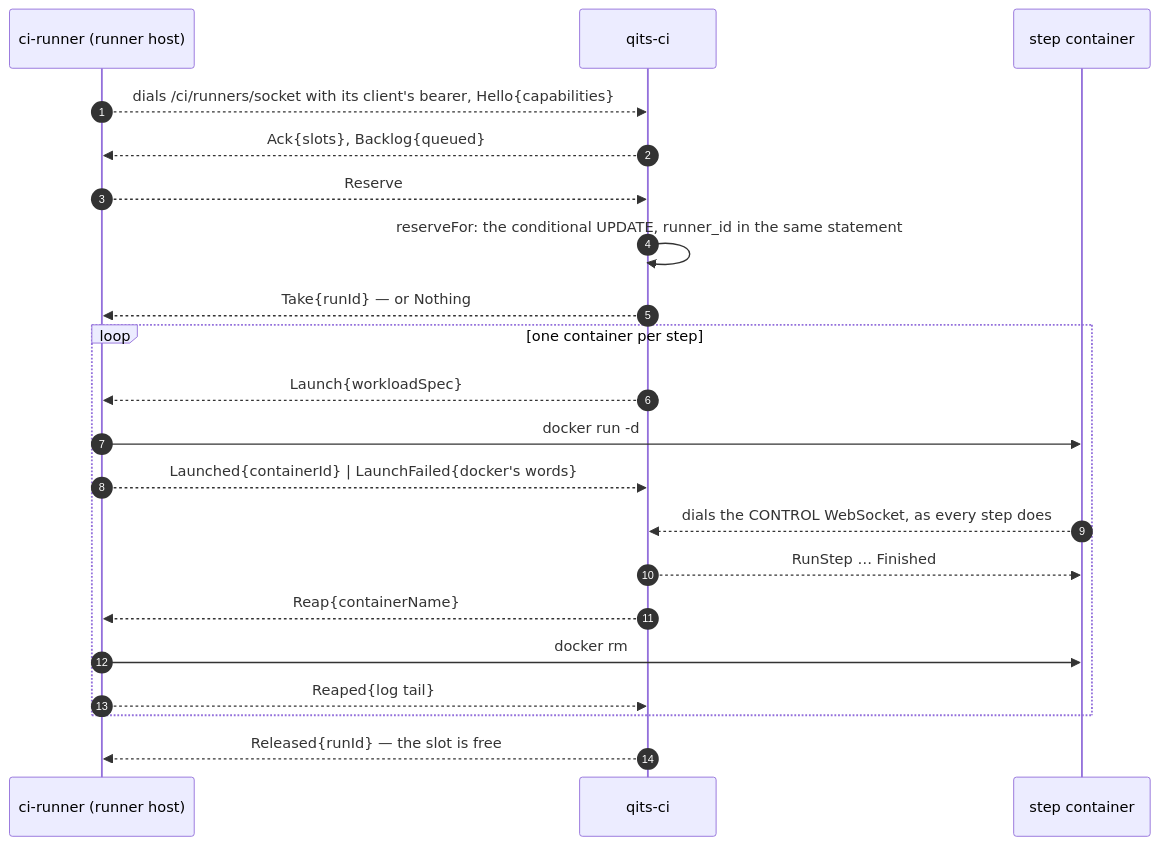
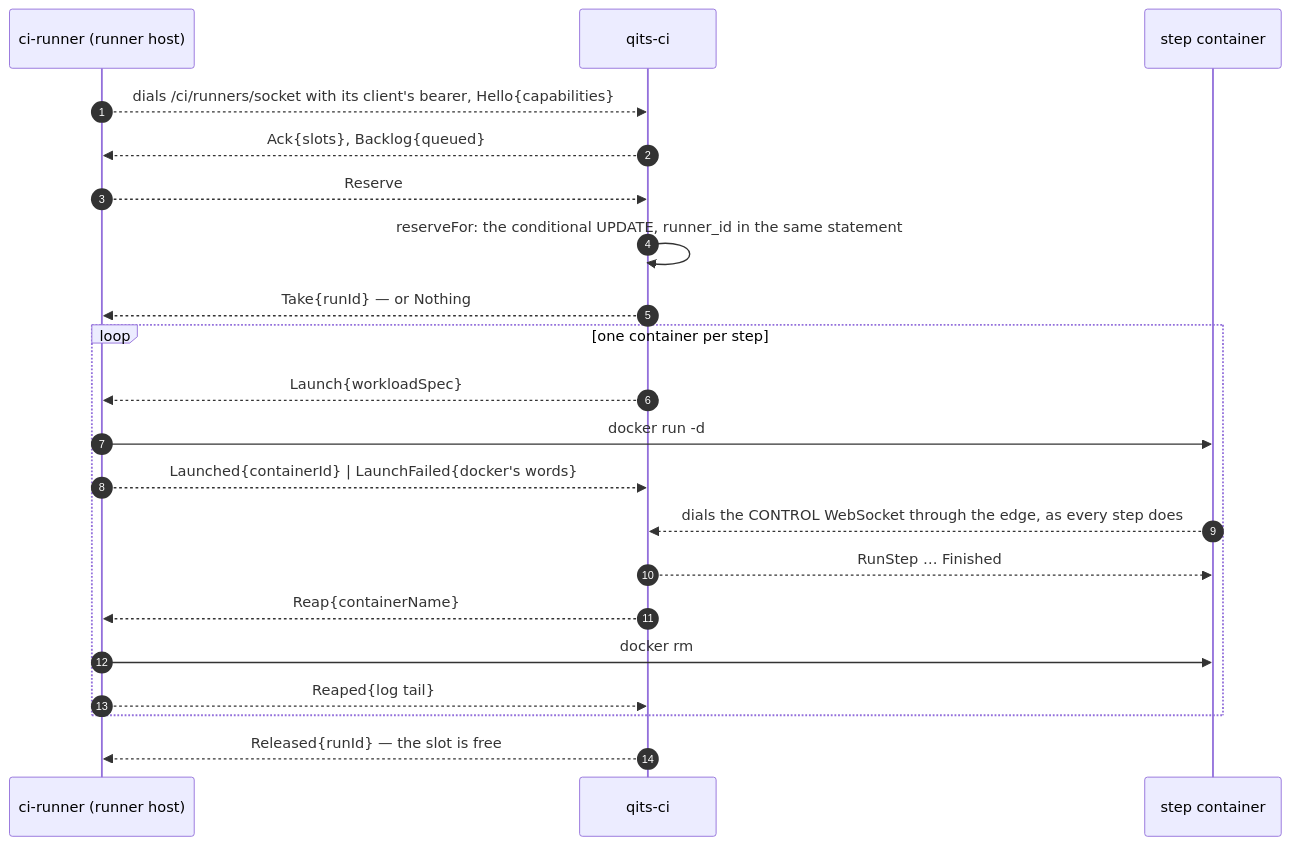
The third of 4 diagrams in docs/step-execution-flow.md (QuicklyIterateTheSoftware/qits-ci-service), drawn with Mermaid before and after one commit. The commit also changed other lines of this file and 12 other files, not shown here.

Commit message:
qits-515: README, the step-flow picture and the API document describe one plane

````diff
--- a/docs/step-execution-flow.md
+++ b/docs/step-execution-flow.md
@@ -128,24 +137,24 @@
 ```mermaid
 sequenceDiagram
     autonumber
     participant Runner as ci-runner (runner host)
     participant Ci as qits-ci
     participant Step as step container
 
     Runner-->>Ci: dials /ci/runners/socket with its client's bearer, Hello{capabilities}
     Ci-->>Runner: Ack{slots}, Backlog{queued}
     Runner-->>Ci: Reserve
     Ci->>Ci: reserveFor: the conditional UPDATE, runner_id in the same statement
     Ci-->>Runner: Take{runId} — or Nothing
     loop one container per step
         Ci-->>Runner: Launch{workloadSpec}
         Runner->>Step: docker run -d
         Runner-->>Ci: Launched{containerId} | LaunchFailed{docker's words}
-        Step-->>Ci: dials the CONTROL WebSocket, as every step does
+        Step-->>Ci: dials the CONTROL WebSocket through the edge, as every step does
         Ci-->>Step: RunStep … Finished
         Ci-->>Runner: Reap{containerName}
         Runner->>Step: docker rm
         Runner-->>Ci: Reaped{log tail}
     end
     Ci-->>Runner: Released{runId} — the slot is free
 ```
````
